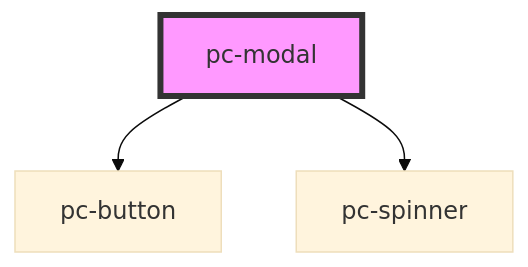
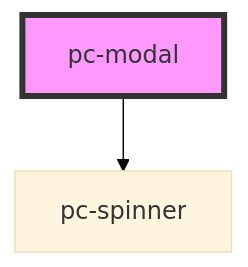
Before and after one commit to redvars/peacock: the diagram in src/components/modal/modal/readme.md, drawn with Mermaid (base theme). The commit also changed other lines of this file and 62 other files, not shown here.

````diff
--- a/src/components/modal/modal/readme.md
+++ b/src/components/modal/modal/readme.md
@@ -36,6 +35,5 @@
 ```mermaid
 graph TD;
-  pc-modal --> pc-button
   pc-modal --> pc-spinner
   style pc-modal fill:#f9f,stroke:#333,stroke-width:4px
 ```
````
